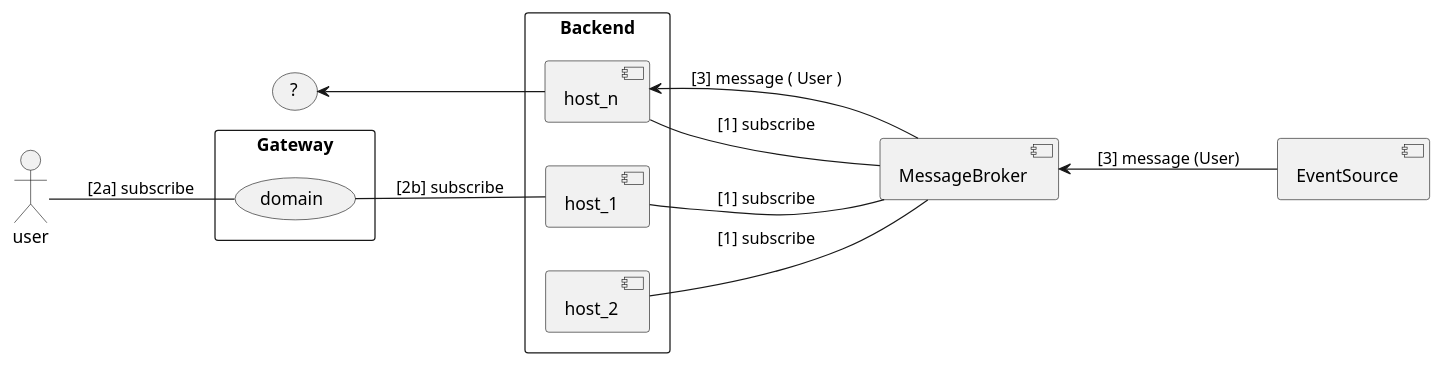
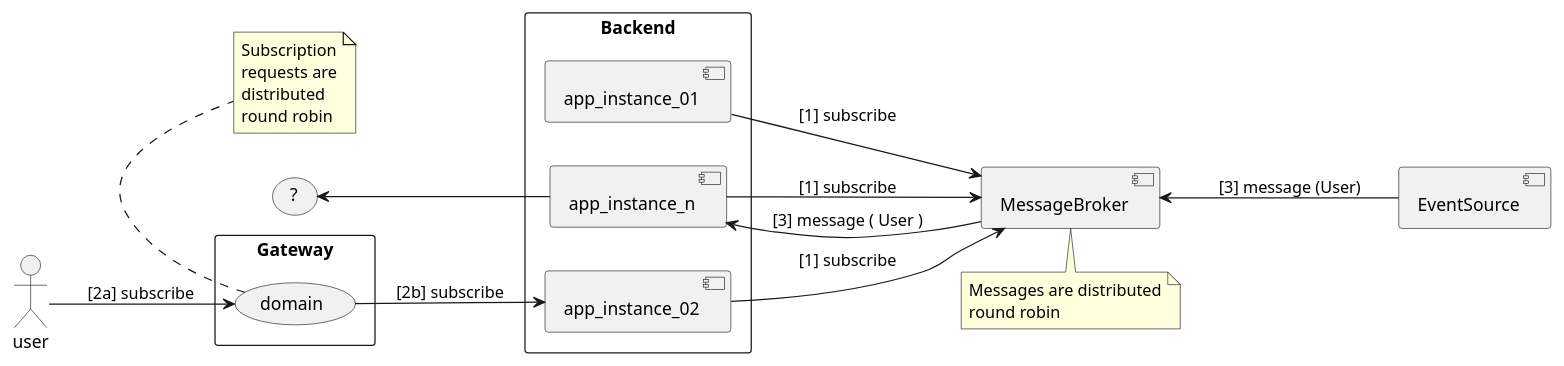
One commit to hey-johnnypark/example-scale-event-stream-backends changed the diagram in assets/general-challenge.puml. Above: the diagram before and after it, drawn with PlantUML. The commit also changed 1 other file, not shown here.

Commit message:
Updates diagram

```diff
--- a/assets/general-challenge.puml
+++ b/assets/general-challenge.puml
@@ -1,41 +1,55 @@
 @startuml
 
 left to right direction
 
 skinparam packageStyle rectangle
 
 actor user
 
 
+
 rectangle Gateway {
-  user -- (domain): [2a] subscribe
+  user --> (domain): [2a] subscribe
 
 }
 
+note bottom
+  Subscription
+  requests are
+  distributed
+  round robin
+endnote
+
 
 rectangle Backend {
-  component host_1
-  component host_2
-  component host_n
+  component app_instance_01
+  component app_instance_02
+  component app_instance_n
 
-  (domain) -- host_1: [2b] subscribe
+  (domain) --> app_instance_02: [2b] subscribe
 
 }
 
 
 
 
+
 component MessageBroker
 
-host_1 -- MessageBroker: [1] subscribe
-host_2 -- MessageBroker: [1] subscribe
-host_n -- MessageBroker: [1] subscribe
+app_instance_01 --> MessageBroker: [1] subscribe
+app_instance_02 --> MessageBroker: [1] subscribe
+app_instance_n --> MessageBroker: [1] subscribe
+
+note bottom
+  Messages are distributed
+  round robin
+endnote
 
 component EventSource
 
 (EventSource) -up-> MessageBroker: [3] message (User)
-MessageBroker --> host_n: [3] message ( User )
+MessageBroker --> app_instance_n: [3] message ( User )
 
-host_n -up-> (?)
+app_instance_n -up-> (?)
 
 @enduml
```
